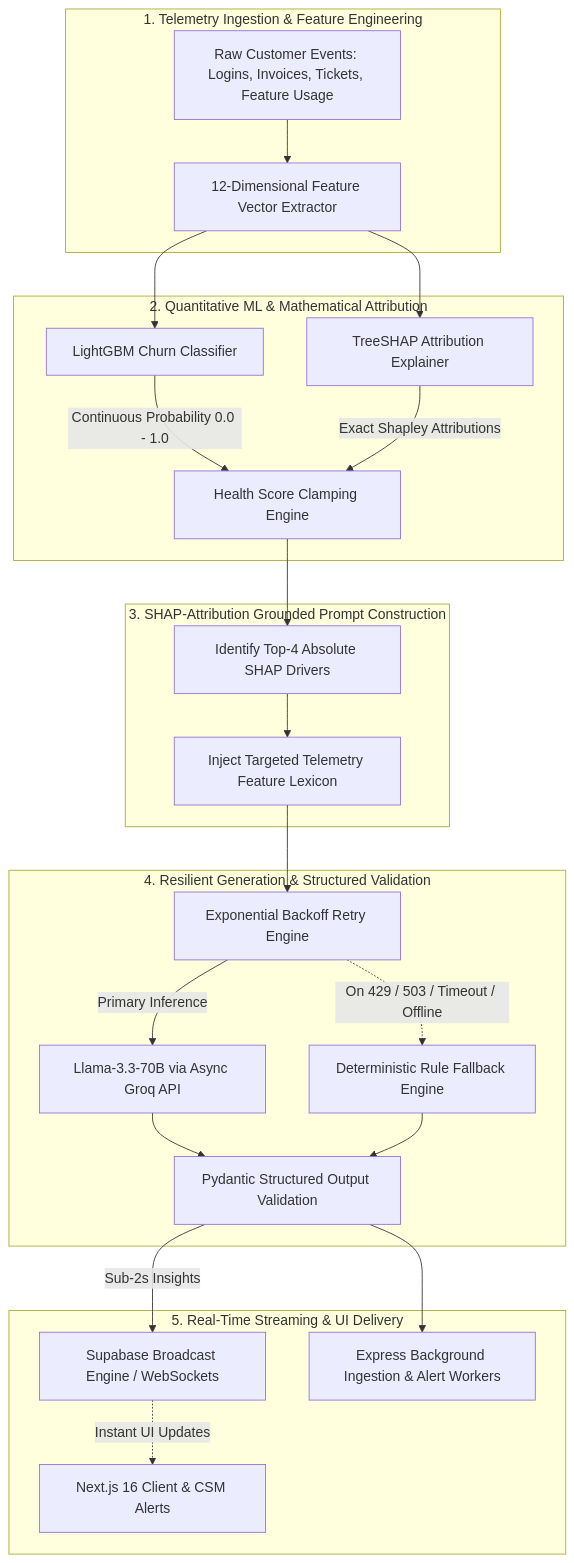
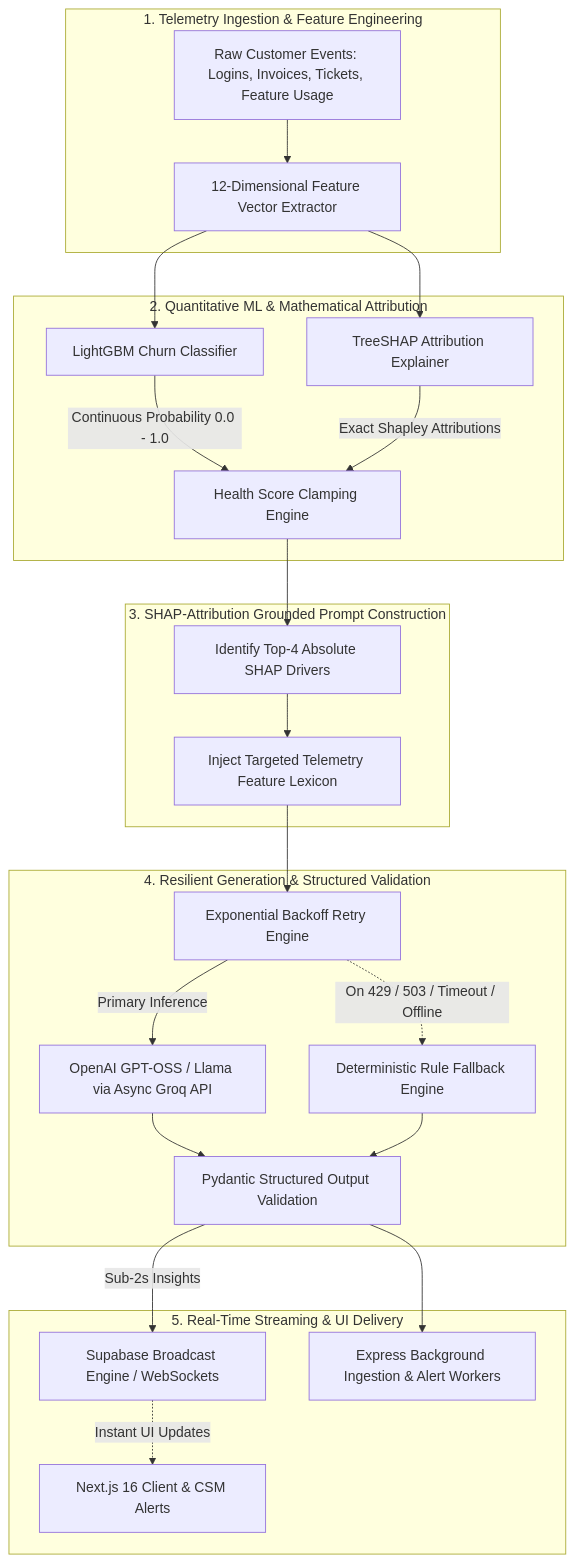
Before and after one commit to apoorvmaurya/retentiq: the diagram in README.md, drawn with Mermaid. The commit also changed other lines of this file and 20 other files, not shown here.

````diff
--- a/README.md
+++ b/README.md
@@ -87,53 +92,53 @@
 ```mermaid
 graph TD
     %% Telemetry Layer
     subgraph Telemetry [1. Telemetry Ingestion & Feature Engineering]
         RawEvents[Raw Customer Events: Logins, Invoices, Tickets, Feature Usage]
         FeatureEngine[12-Dimensional Feature Vector Extractor]
         RawEvents --> FeatureEngine
     end
 
     %% Quantitative ML Layer
     subgraph MLInference [2. Quantitative ML & Mathematical Attribution]
         Classifier[LightGBM Churn Classifier]
         TreeSHAP[TreeSHAP Attribution Explainer]
         ScoreClamping[Health Score Clamping Engine]
         FeatureEngine --> Classifier
         FeatureEngine --> TreeSHAP
         Classifier -->|Continuous Probability 0.0 - 1.0| ScoreClamping
         TreeSHAP -->|Exact Shapley Attributions| ScoreClamping
     end
 
     %% Context Grounding Layer
     subgraph PromptGrounding [3. SHAP-Attribution Grounded Prompt Construction]
         TopDrivers[Identify Top-4 Absolute SHAP Drivers]
         DynamicLexicon[Inject Targeted Telemetry Feature Lexicon]
         ScoreClamping --> TopDrivers
         TopDrivers --> DynamicLexicon
     end
 
     %% Generation & Fallback Layer
     subgraph LLMExecution [4. Resilient Generation & Structured Validation]
-        GroqLLM[Llama-3.3-70B via Async Groq API]
+        GroqLLM[OpenAI GPT-OSS / Llama via Async Groq API]
         RetryEngine[Exponential Backoff Retry Engine]
         OfflineFallback[Deterministic Rule Fallback Engine]
         PydanticSchema[Pydantic Structured Output Validation]
 
         DynamicLexicon --> RetryEngine
         RetryEngine -->|Primary Inference| GroqLLM
         RetryEngine -.->|On 429 / 503 / Timeout / Offline| OfflineFallback
         GroqLLM --> PydanticSchema
         OfflineFallback --> PydanticSchema
     end
 
     %% Real-time Delivery Layer
     subgraph Delivery [5. Real-Time Streaming & UI Delivery]
         RealtimeBroadcast[Supabase Broadcast Engine / WebSockets]
         DashboardUI[Next.js 16 Client & CSM Alerts]
         JobQueue[Express Background Ingestion & Alert Workers]
 
         PydanticSchema -->|Sub-2s Insights| RealtimeBroadcast
         PydanticSchema --> JobQueue
         RealtimeBroadcast -.->|Instant UI Updates| DashboardUI
     end
 ```
````
